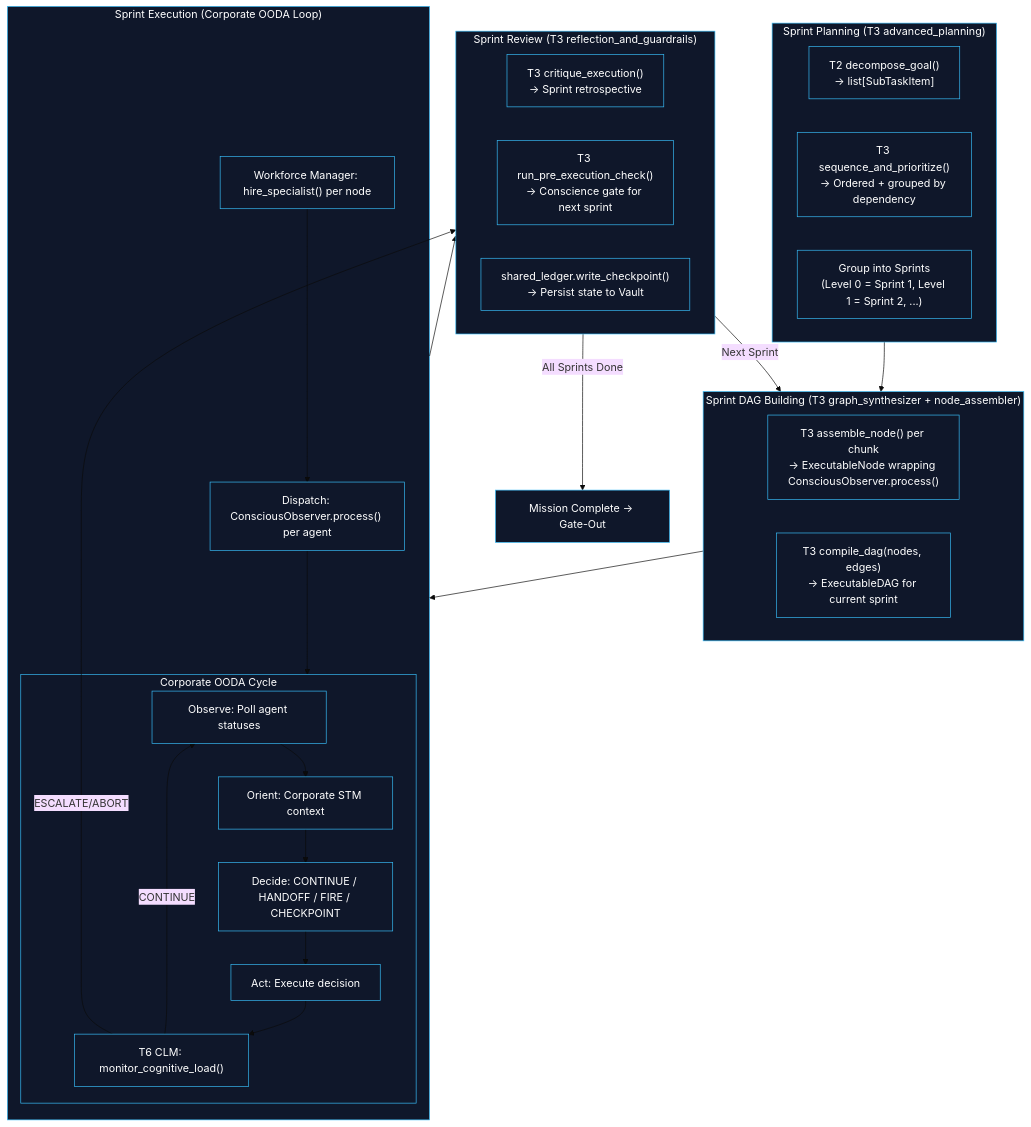
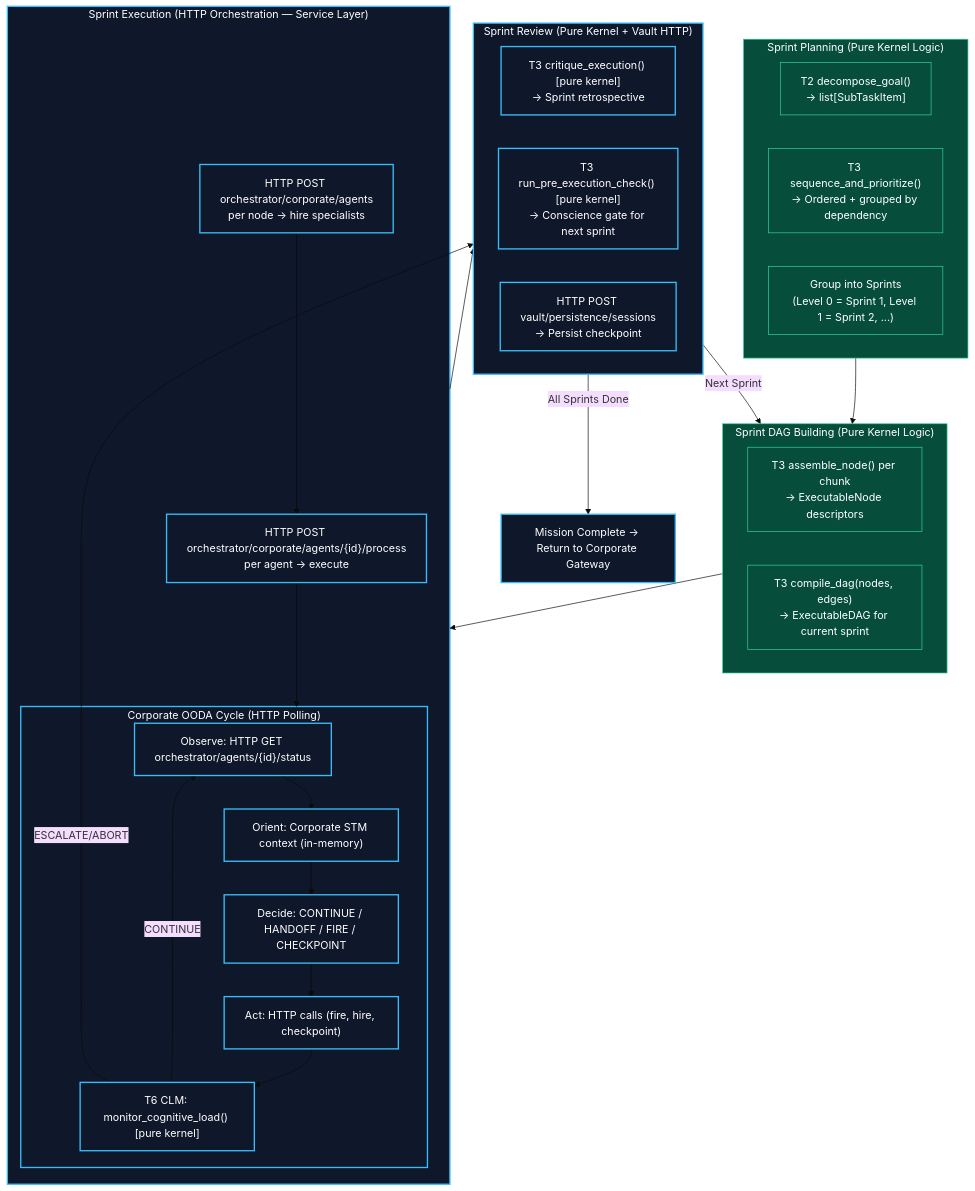
Before and after one commit to azzindani/Kea: the third of 5 diagrams in redesign/tier_8_architecture.md, drawn with Mermaid (base theme). The commit also changed other lines of this file and 3 other files, not shown here.

Commit message:
feat: Document the new Tier 8 microservices architecture, outline Tier 9, and add Qwen3 embedding and reranker components.

````diff
--- a/redesign/tier_8_architecture.md
+++ b/redesign/tier_8_architecture.md
@@ -407,47 +660,50 @@
 ```mermaid
 flowchart TB
-    subgraph sPlan["Sprint Planning (T3 advanced_planning)"]
+    subgraph sPlan["Sprint Planning (Pure Kernel Logic)"]
         nDecompose["T2 decompose_goal()<br>→ list[SubTaskItem]"]
         nSequence["T3 sequence_and_prioritize()<br>→ Ordered + grouped by dependency"]
         nGroup["Group into Sprints<br>(Level 0 = Sprint 1, Level 1 = Sprint 2, ...)"]
     end
-
-    subgraph sBuild["Sprint DAG Building (T3 graph_synthesizer + node_assembler)"]
-        nNodes["T3 assemble_node() per chunk<br>→ ExecutableNode wrapping ConsciousObserver.process()"]
+ 
+    subgraph sBuild["Sprint DAG Building (Pure Kernel Logic)"]
+        nNodes["T3 assemble_node() per chunk<br>→ ExecutableNode descriptors"]
         nDAG["T3 compile_dag(nodes, edges)<br>→ ExecutableDAG for current sprint"]
     end
-
-    subgraph sExec["Sprint Execution (Corporate OODA Loop)"]
-        nHire["Workforce Manager: hire_specialist() per node"]
-        nDispatch["Dispatch: ConsciousObserver.process() per agent"]
-
-        subgraph sOODA["Corporate OODA Cycle"]
-            nObserve["Observe: Poll agent statuses"]
-            nOrient["Orient: Corporate STM context"]
+ 
+    subgraph sExec["Sprint Execution (HTTP Orchestration — Service Layer)"]
+        nHire["HTTP POST orchestrator/corporate/agents<br>per node → hire specialists"]
+        nDispatch["HTTP POST orchestrator/corporate/agents/{id}/process<br>per agent → execute"]
+ 
+        subgraph sOODA["Corporate OODA Cycle (HTTP Polling)"]
+            nObserve["Observe: HTTP GET orchestrator/agents/{id}/status"]
+            nOrient["Orient: Corporate STM context (in-memory)"]
             nDecide["Decide: CONTINUE / HANDOFF / FIRE / CHECKPOINT"]
-            nAct["Act: Execute decision"]
-            nCLM["T6 CLM: monitor_cognitive_load()"]
-
+            nAct["Act: HTTP calls (fire, hire, checkpoint)"]
+            nCLM["T6 CLM: monitor_cognitive_load() [pure kernel]"]
+ 
             nObserve --> nOrient --> nDecide --> nAct --> nCLM
             nCLM -- "CONTINUE" --> nObserve
         end
-
+ 
         nHire --> nDispatch --> sOODA
     end
-
-    subgraph sReview["Sprint Review (T3 reflection_and_guardrails)"]
-        nReview["T3 critique_execution()<br>→ Sprint retrospective"]
-        nCheck["T3 run_pre_execution_check()<br>→ Conscience gate for next sprint"]
-        nCheckpoint["shared_ledger.write_checkpoint()<br>→ Persist state to Vault"]
+ 
+    subgraph sReview["Sprint Review (Pure Kernel + Vault HTTP)"]
+        nReview["T3 critique_execution() [pure kernel]<br>→ Sprint retrospective"]
+        nCheck["T3 run_pre_execution_check() [pure kernel]<br>→ Conscience gate for next sprint"]
+        nCheckpoint["HTTP POST vault/persistence/sessions<br>→ Persist checkpoint"]
     end
-
+ 
     sPlan --> sBuild --> sExec --> sReview
     sReview -- "Next Sprint" --> sBuild
-    sReview -- "All Sprints Done" --> nComplete["Mission Complete → Gate-Out"]
-
+    sReview -- "All Sprints Done" --> nComplete["Mission Complete → Return to Corporate Gateway"]
+ 
     nCLM -- "ESCALATE/ABORT" --> sReview
-
-    classDef t8 fill:#0f172a,stroke:#38bdf8,stroke-width:1px,color:#fff
-    class sPlan,sBuild,sExec,sOODA,sReview t8
-    class nDecompose,nSequence,nGroup,nNodes,nDAG,nHire,nDispatch,nObserve,nOrient,nDecide,nAct,nCLM,nReview,nCheck,nCheckpoint,nComplete t8
+ 
+    classDef pure fill:#064E3B,stroke:#34D399,stroke-width:1px,color:#fff
+    classDef http fill:#0f172a,stroke:#38bdf8,stroke-width:2px,color:#fff
+    class sPlan,sBuild pure
+    class nDecompose,nSequence,nGroup,nNodes,nDAG pure
+    class sExec,sOODA,sReview http
+    class nHire,nDispatch,nObserve,nOrient,nDecide,nAct,nCLM,nReview,nCheck,nCheckpoint,nComplete http
 ```
````
